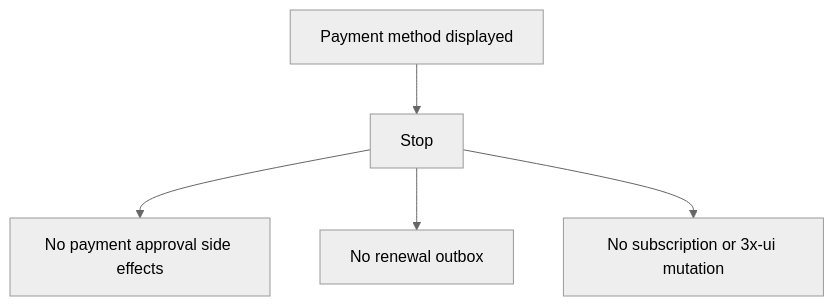
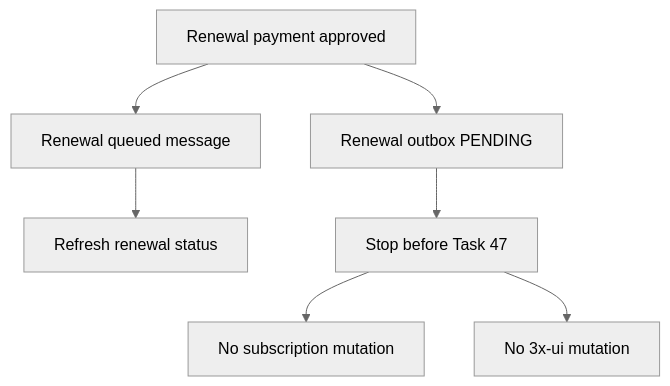
The third of 3 diagrams in docs/telegram/telegram-renewal-flow.md (parazit-IR/panel), drawn with Mermaid (neutral theme) before and after one commit. The commit also changed other lines of this file and 53 other files, not shown here.

Commit message:
feat(renewal): queue renewal after payment approval

````diff
--- a/docs/telegram/telegram-renewal-flow.md
+++ b/docs/telegram/telegram-renewal-flow.md
@@ -45,7 +45,9 @@
 ```mermaid
 flowchart TD
-    A[Payment method displayed] --> Stop[Stop]
-    Stop --> X[No payment approval side effects]
-    Stop --> Y[No renewal outbox]
-    Stop --> Z[No subscription or 3x-ui mutation]
+    A[Renewal payment approved] --> B[Renewal queued message]
+    B --> C[Refresh renewal status]
+    A --> D[Renewal outbox PENDING]
+    D --> Stop[Stop before Task 47]
+    Stop --> X[No subscription mutation]
+    Stop --> Y[No 3x-ui mutation]
 ```
````
